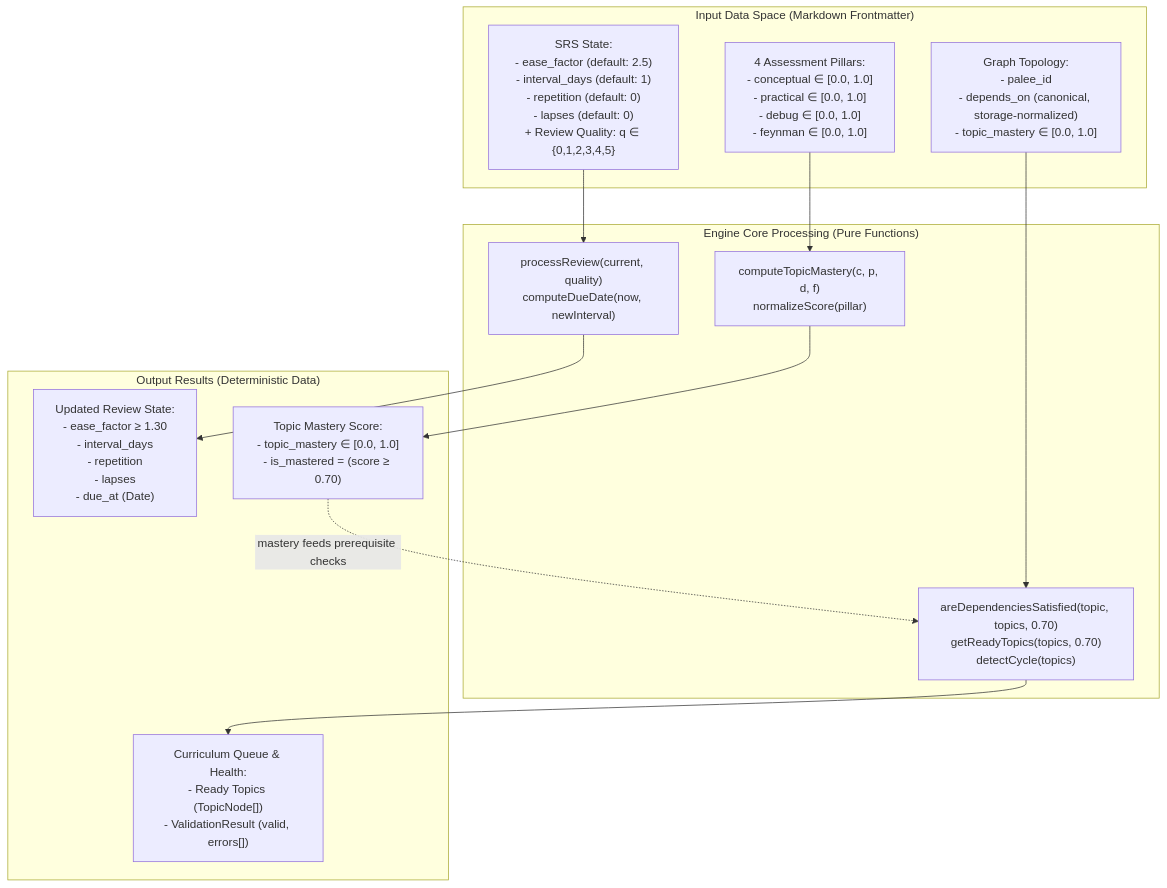
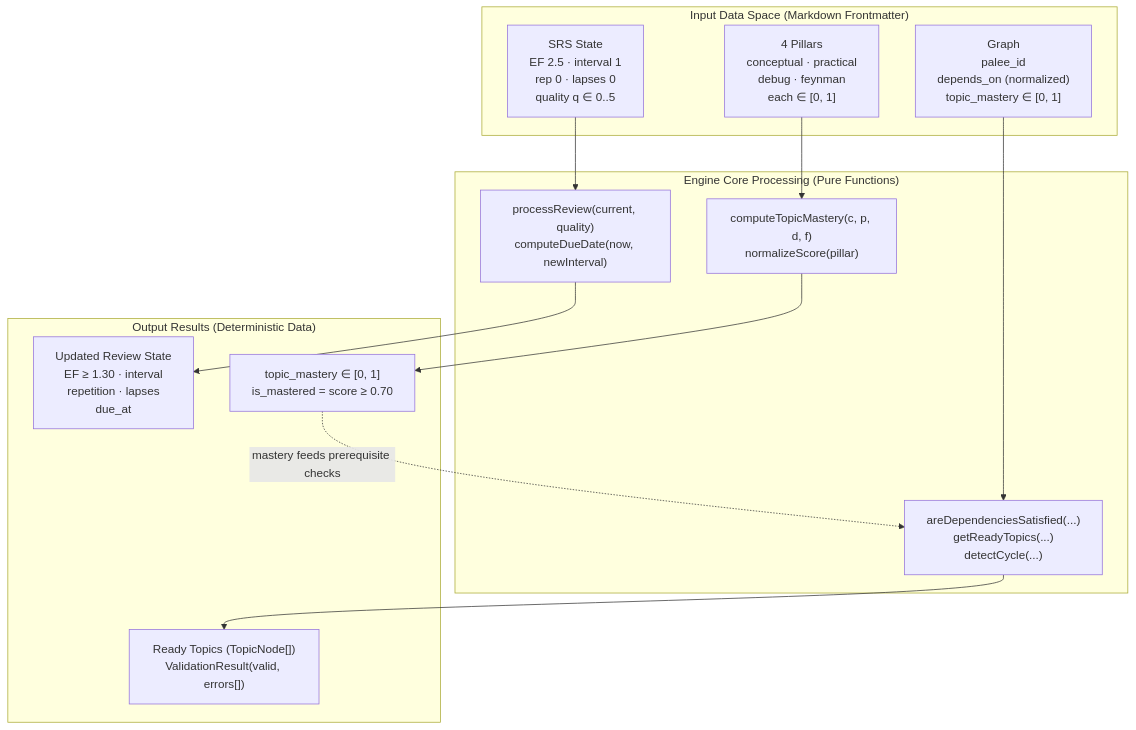
One commit to Kuldeep2822k/cli changed the second of 2 diagrams in docs/03-0-engine-core.md. Above: the diagram before and after it, drawn with Mermaid. The commit also changed other lines of this file and 77 other files, not shown here.

````diff
--- a/docs/03-0-engine-core.md
+++ b/docs/03-0-engine-core.md
@@ -154,30 +158,30 @@
 ```mermaid
 flowchart TD
     subgraph Inputs ["Input Data Space (Markdown Frontmatter)"]
-        InReview["SRS State:<br/>- ease_factor (default: 2.5)<br/>- interval_days (default: 1)<br/>- repetition (default: 0)<br/>- lapses (default: 0)<br/>+ Review Quality: q &isin; {0,1,2,3,4,5}"]
-        InPillars["4 Assessment Pillars:<br/>- conceptual &isin; [0.0, 1.0]<br/>- practical &isin; [0.0, 1.0]<br/>- debug &isin; [0.0, 1.0]<br/>- feynman &isin; [0.0, 1.0]"]
-        InGraph["Graph Topology:<br/>- palee_id<br/>- depends_on (canonical, storage-normalized)<br/>- topic_mastery &isin; [0.0, 1.0]"]
+        InReview["SRS State<br/>EF 2.5 · interval 1<br/>rep 0 · lapses 0<br/>quality q &isin; 0..5"]
+        InPillars["4 Pillars<br/>conceptual · practical<br/>debug · feynman<br/>each &isin; [0, 1]"]
+        InGraph["Graph<br/>palee_id<br/>depends_on (normalized)<br/>topic_mastery &isin; [0, 1]"]
     end
 
     subgraph Processing ["Engine Core Processing (Pure Functions)"]
         ProcSM2["processReview(current, quality)<br/>computeDueDate(now, newInterval)"]
         ProcMastery["computeTopicMastery(c, p, d, f)<br/>normalizeScore(pillar)"]
-        ProcDep["areDependenciesSatisfied(topic, topics, 0.70)<br/>getReadyTopics(topics, 0.70)<br/>detectCycle(topics)"]
+        ProcDep["areDependenciesSatisfied(...)<br/>getReadyTopics(...)<br/>detectCycle(...)"]
     end
 
     subgraph Outputs ["Output Results (Deterministic Data)"]
-        OutSM2["Updated Review State:<br/>- ease_factor &ge; 1.30<br/>- interval_days<br/>- repetition<br/>- lapses<br/>- due_at (Date)"]
-        OutMastery["Topic Mastery Score:<br/>- topic_mastery &isin; [0.0, 1.0]<br/>- is_mastered = (score &ge; 0.70)"]
-        OutDep["Curriculum Queue & Health:<br/>- Ready Topics (TopicNode[])<br/>- ValidationResult (valid, errors[])"]
+        OutSM2["Updated Review State<br/>EF &ge; 1.30 · interval<br/>repetition · lapses<br/>due_at"]
+        OutMastery["topic_mastery &isin; [0, 1]<br/>is_mastered = score &ge; 0.70"]
+        OutDep["Ready Topics (TopicNode[])<br/>ValidationResult(valid, errors[])"]
     end
 
     InReview --> ProcSM2
     ProcSM2 --> OutSM2
 
     InPillars --> ProcMastery
     ProcMastery --> OutMastery
 
     InGraph --> ProcDep
     OutMastery -.->|"mastery feeds prerequisite checks"| ProcDep
     ProcDep --> OutDep
 ```
````
